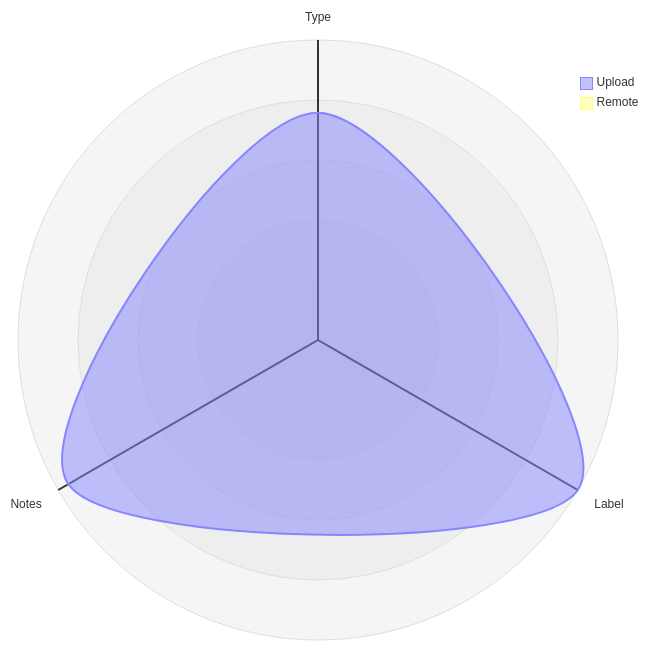
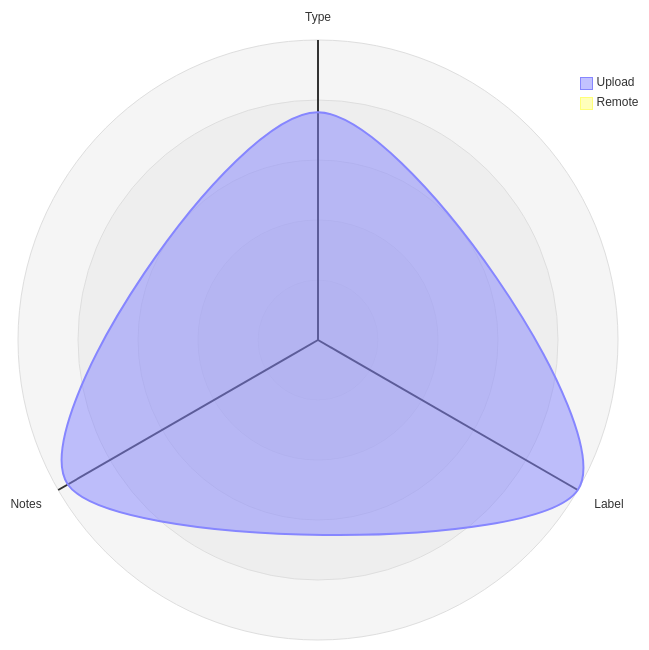
Before and after one commit to open-data/analytics-corporate-reporting: the third of 5 diagrams in datastore_tracker/README.md, drawn with Mermaid. The commit also changed other lines of this file and 7 other files, not shown here.

````diff
--- a/datastore_tracker/README.md
+++ b/datastore_tracker/README.md
@@ -104,12 +104,12 @@
 ```mermaid
 radar-beta
   axis T["Type"], L["Label"], N["Notes"]
-  curve u["Upload"]{0.00078, 0.00103, 0.00099}
+  curve u["Upload"]{0.00082, 0.00108, 0.00104}
   curve r["Remote"]{0, 0, 0}
 
   showLegend true
 
   min 0
   graticule circle
   ticks 5
 ```
````
